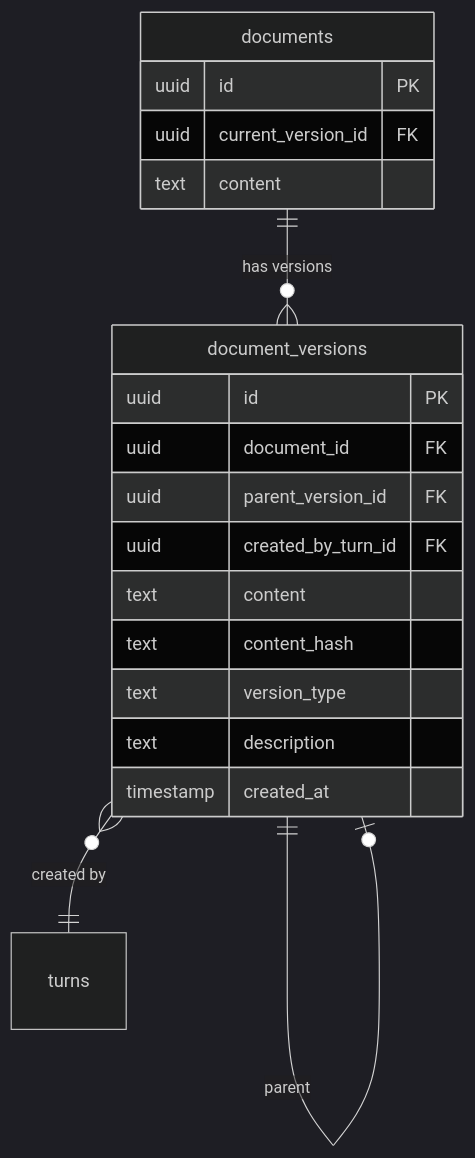
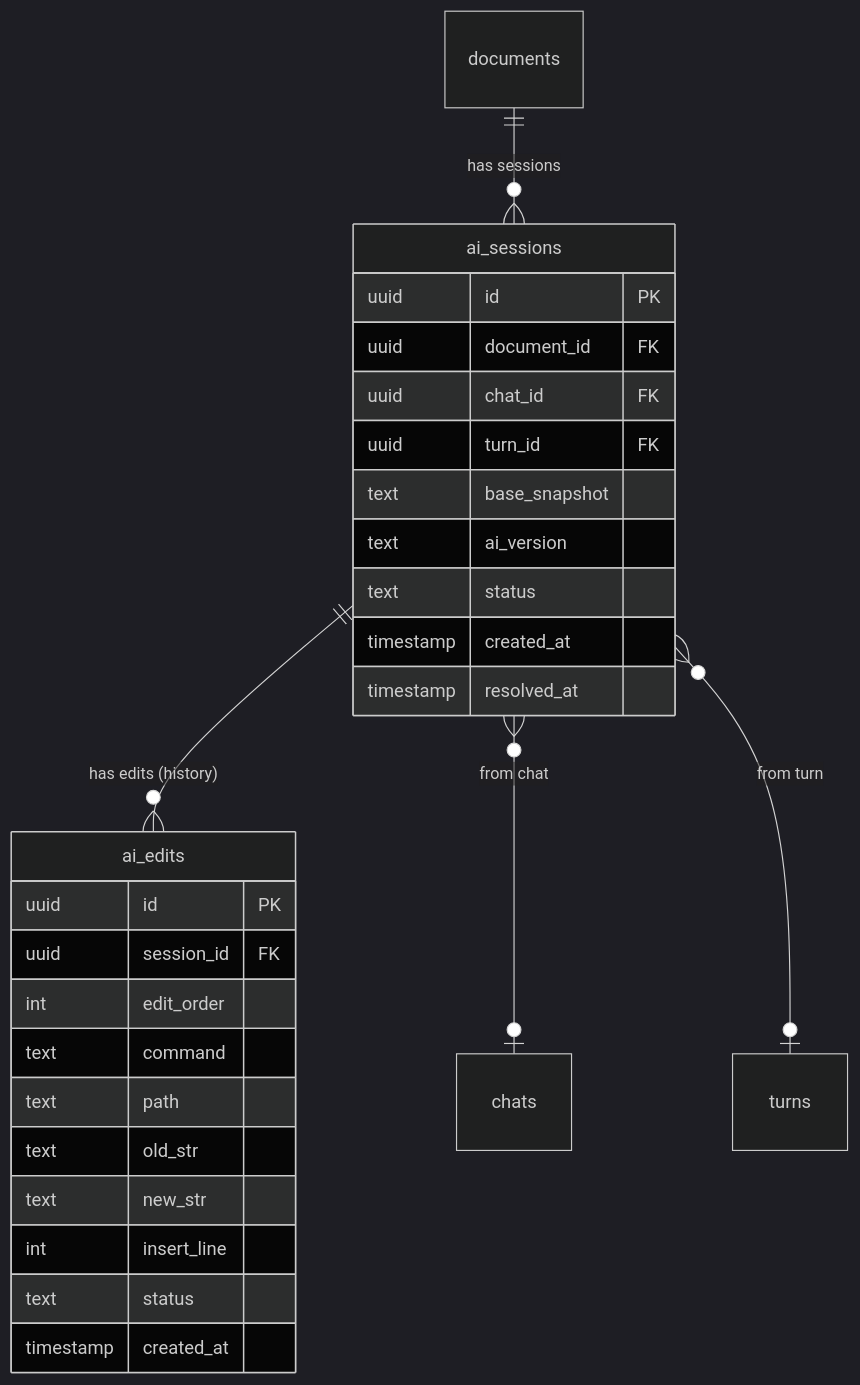
The diagram in _docs/plans/ai-editing/phase-1-version-db.md (haowjy/meridian), drawn with Mermaid (dark theme) before and after one commit. The commit also changed other lines of this file and 87 other files, not shown here.

````diff
--- a/_docs/plans/ai-editing/phase-1-version-db.md
+++ b/_docs/plans/ai-editing/phase-1-version-db.md
@@ -12,24 +17,32 @@
 ```mermaid
 erDiagram
-    documents ||--o{ document_versions : "has versions"
-    document_versions ||--o| document_versions : "parent"
-    document_versions }o--|| turns : "created by"
+    documents ||--o{ ai_sessions : "has sessions"
+    ai_sessions ||--o{ ai_edits : "has edits (history)"
+    ai_sessions }o--o| chats : "from chat"
+    ai_sessions }o--o| turns : "from turn"
 
-    documents {
+    ai_sessions {
         uuid id PK
-        uuid current_version_id FK
-        text content
+        uuid document_id FK
+        uuid chat_id FK
+        uuid turn_id FK
+        text base_snapshot
+        text ai_version
+        text status
+        timestamp created_at
+        timestamp resolved_at
     }
 
-    document_versions {
+    ai_edits {
         uuid id PK
-        uuid document_id FK
-        uuid parent_version_id FK
-        uuid created_by_turn_id FK
-        text content
-        text content_hash
-        text version_type
-        text description
+        uuid session_id FK
+        int edit_order
+        text command
+        text path
+        text old_str
+        text new_str
+        int insert_line
+        text status
         timestamp created_at
     }
 ```
````
